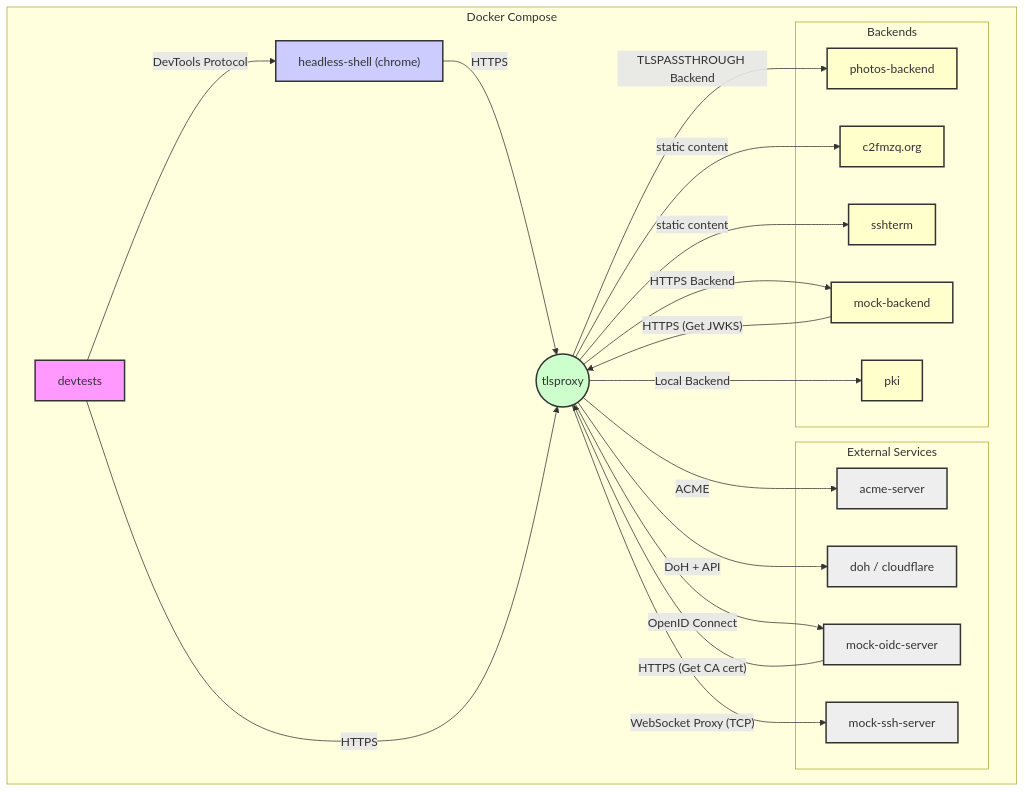
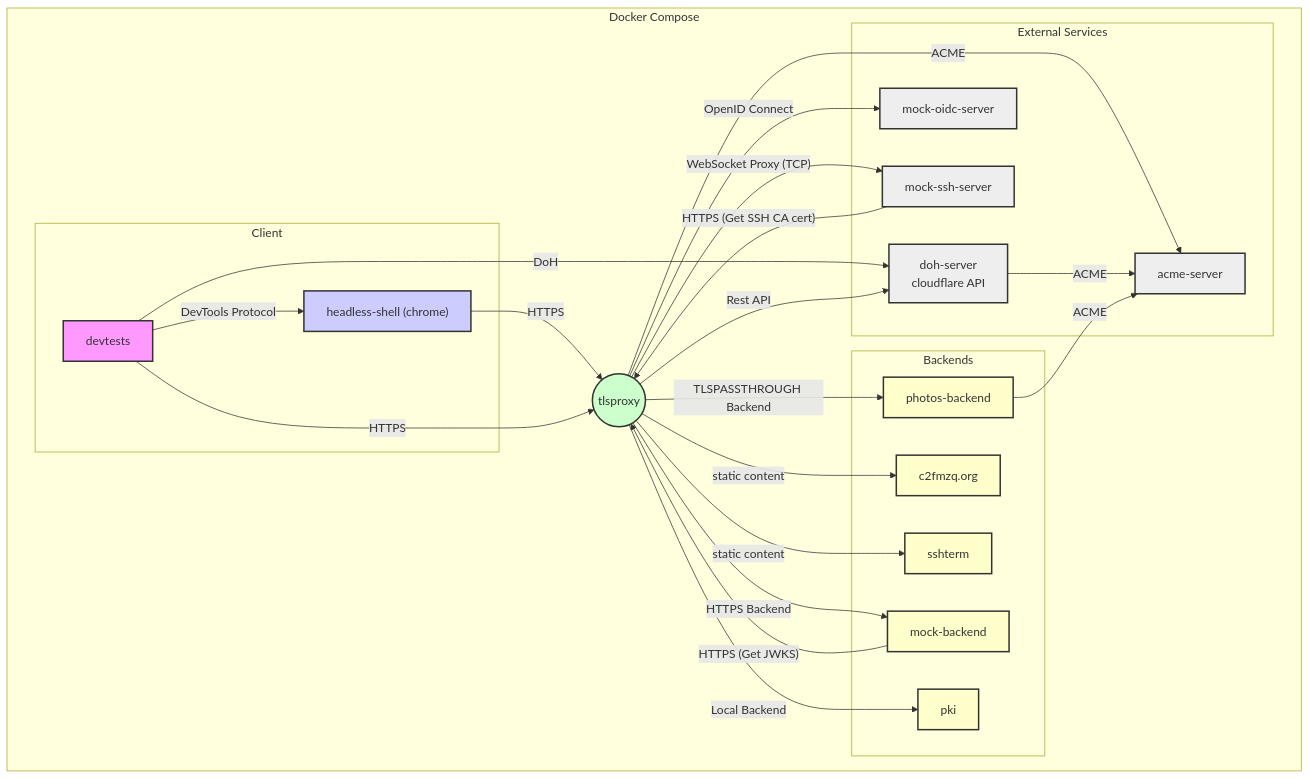
Before and after one commit to c2FmZQ/integration-tests: the diagram in README.md, drawn with Mermaid.

Commit message:
Refactor Docker Compose diagram in README
Add missing connections

````diff
--- a/README.md
+++ b/README.md
@@ -11,49 +11,54 @@
 ```mermaid
 graph TD
     subgraph "Docker Compose"
-        A[devtests]
-        B["headless-shell (chrome)"];
+        subgraph "Client"
+            A[devtests]
+            B["headless-shell (chrome)"];
+        end
         P((tlsproxy));
         subgraph "External Services"
             S1[acme-server];
-            S2["doh / cloudflare"];
+            S2["doh-server<br>cloudflare API"];
             S3[mock-oidc-server];
             S4[mock-ssh-server];
         end
         subgraph "Backends"
             B1[photos-backend];
             B2[c2fmzq.org];
             B3[sshterm];
             B4[mock-backend];
             B5[pki]
         end
     end
 
     A -->|DevTools Protocol| B;
     B -->|HTTPS| P;
     A -->|HTTPS| P;
+    A -->|DoH| S2;
     P -->|"ACME"| S1;
-    P -->|"DoH + API"| S2;
+    P -->|"Rest API"| S2;
     P -->|"OpenID Connect"| S3;
     P -->|"WebSocket Proxy (TCP)"| S4;
-    S3 -->|"HTTPS (Get CA cert)"| P;
+    S4 -->|"HTTPS (Get SSH CA cert)"| P;
+    S2 -->|ACME| S1;
     P -->|TLSPASSTHROUGH Backend| B1;
+    B1 -->|ACME| S1;
     P -->|static content| B2;
     P -->|static content| B3;
     P -->|HTTPS Backend| B4;
     B4 -->|"HTTPS (Get JWKS)"| P
     P -->|Local Backend| B5;
 
     style S1 fill:#eee,stroke:#333,stroke-width:2px
     style S2 fill:#eee,stroke:#333,stroke-width:2px
     style S3 fill:#eee,stroke:#333,stroke-width:2px
     style S4 fill:#eee,stroke:#333,stroke-width:2px
     style A fill:#f9f,stroke:#333,stroke-width:2px
     style B fill:#ccf,stroke:#333,stroke-width:2px
     style P fill:#cfc,stroke:#333,stroke-width:2px
     style B1 fill:#ffc,stroke:#333,stroke-width:2px
     style B2 fill:#ffc,stroke:#333,stroke-width:2px
     style B3 fill:#ffc,stroke:#333,stroke-width:2px
     style B4 fill:#ffc,stroke:#333,stroke-width:2px
     style B5 fill:#ffc,stroke:#333,stroke-width:2px
 ```
````
